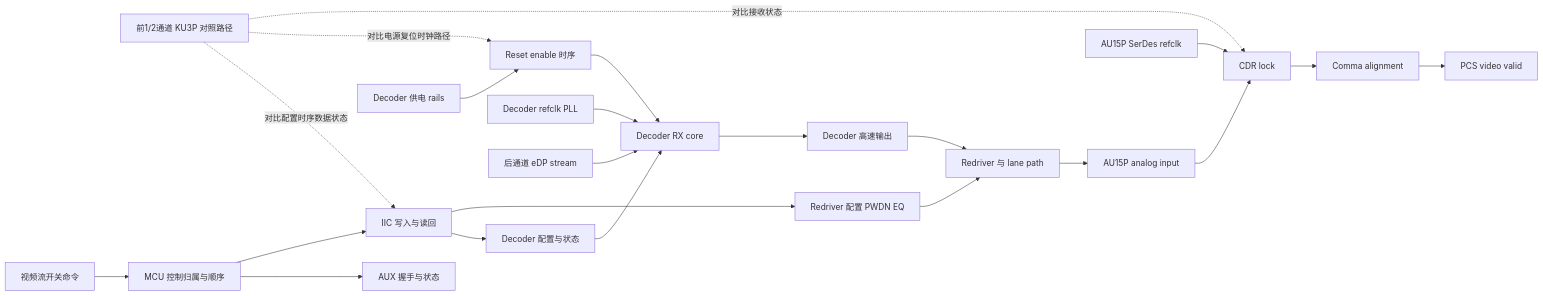
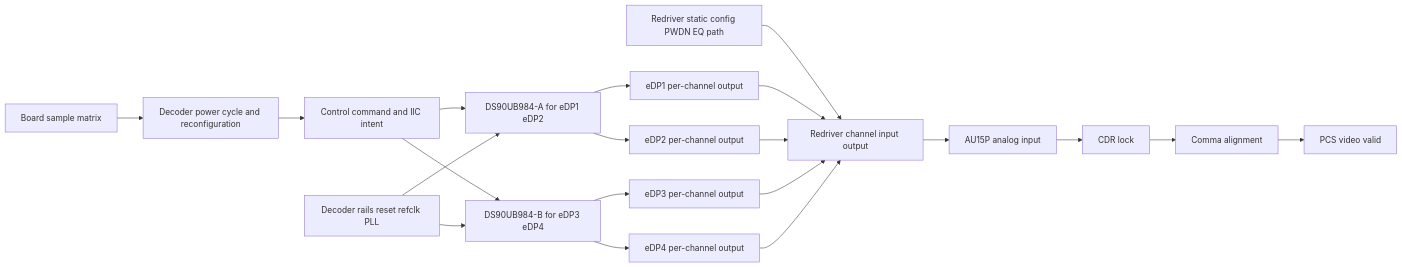
The first of 3 diagrams in pilot_runs/a57_edp/latest-architecture-first.md (joyhpc/DebugTool), drawn with Mermaid before and after one commit. The commit also changed other lines of this file and 4 other files, not shown here.

````diff
--- a/pilot_runs/a57_edp/latest-architecture-first.md
+++ b/pilot_runs/a57_edp/latest-architecture-first.md
@@ -75,24 +72,22 @@
 ```mermaid
 flowchart LR
-  F0[前1/2通道 KU3P 对照路径] -. 对比配置时序数据状态 .-> C4
-  F0 -. 对比电源复位时钟路径 .-> P2
-  F0 -. 对比接收状态 .-> R1
-  C1[视频流开关命令] --> C2[MCU 控制归属与顺序]
-  C2 --> C3[AUX 握手与状态]
-  C2 --> C4[IIC 写入与读回]
-  C4 --> C5[Decoder 配置与状态]
-  C4 --> C6[Redriver 配置 PWDN EQ]
-  P1[Decoder 供电 rails] --> P2[Reset enable 时序]
-  P3[Decoder refclk PLL] --> D2[Decoder RX core]
-  P2 --> D2
-  C5 --> D2
-  C6 --> D4[Redriver 与 lane path]
-  D1[后通道 eDP stream] --> D2
-  D2 --> D3[Decoder 高速输出]
-  D3 --> D4
-  D4 --> D5[AU15P analog input]
-  P4[AU15P SerDes refclk] --> R1[CDR lock]
-  D5 --> R1
-  R1 --> R2[Comma alignment]
-  R2 --> R3[PCS video valid]
+  B0[Board sample matrix] --> T0[Test operation]
+  T0[Decoder power cycle and reconfiguration] --> C1[Control command and IIC intent]
+  C1 --> U1[DS90UB984-A for eDP1 eDP2]
+  C1 --> U2[DS90UB984-B for eDP3 eDP4]
+  P1[Decoder rails reset refclk PLL] --> U1
+  P1 --> U2
+  U1 --> CH1[eDP1 per-channel output]
+  U1 --> CH2[eDP2 per-channel output]
+  U2 --> CH3[eDP3 per-channel output]
+  U2 --> CH4[eDP4 per-channel output]
+  R0[Redriver static config PWDN EQ path] --> R1[Redriver channel input output]
+  CH1 --> R1
+  CH2 --> R1
+  CH3 --> R1
+  CH4 --> R1
+  R1 --> A0[AU15P analog input]
+  A0 --> A1[CDR lock]
+  A1 --> A2[Comma alignment]
+  A2 --> A3[PCS video valid]
 ```
````
